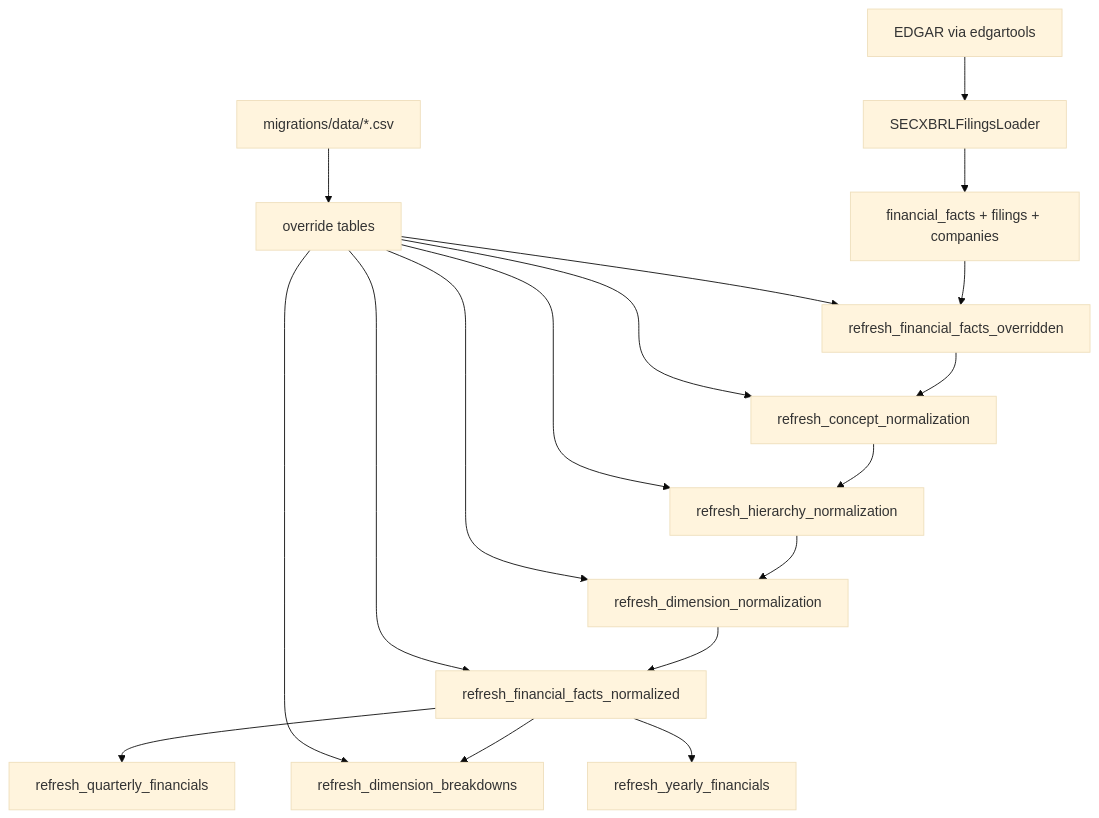
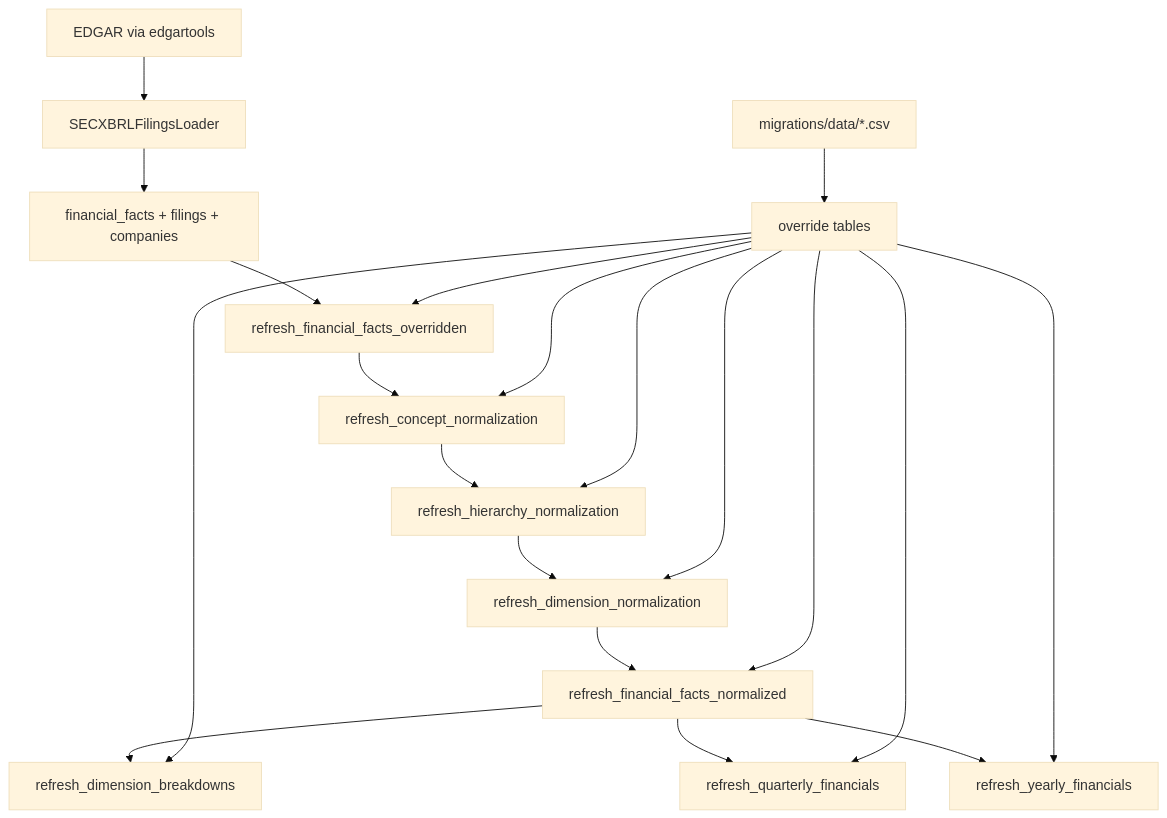
The diagram in AGENTS.md (Velikolay/stonks-ai), drawn with Mermaid (base theme) before and after one commit. The commit also changed other lines of this file and 12 other files, not shown here.

````diff
--- a/AGENTS.md
+++ b/AGENTS.md
@@ -12,20 +12,22 @@
 ```mermaid
 flowchart TD
     edgar[EDGAR via edgartools] --> loader[SECXBRLFilingsLoader]
     loader --> raw["financial_facts + filings + companies"]
     raw --> p1[refresh_financial_facts_overridden]
     p1 --> p2[refresh_concept_normalization]
     p2 --> p3[refresh_hierarchy_normalization]
     p3 --> p4[refresh_dimension_normalization]
     p4 --> p5[refresh_financial_facts_normalized]
     p5 --> p5b[refresh_dimension_breakdowns]
     p5 --> p6[refresh_quarterly_financials]
     p5 --> p7[refresh_yearly_financials]
     csv["migrations/data/*.csv"] --> overrides[override tables]
     overrides --> p1
     overrides --> p2
     overrides --> p3
     overrides --> p4
     overrides --> p5
     overrides --> p5b
+    overrides --> p6
+    overrides --> p7
 ```
````
